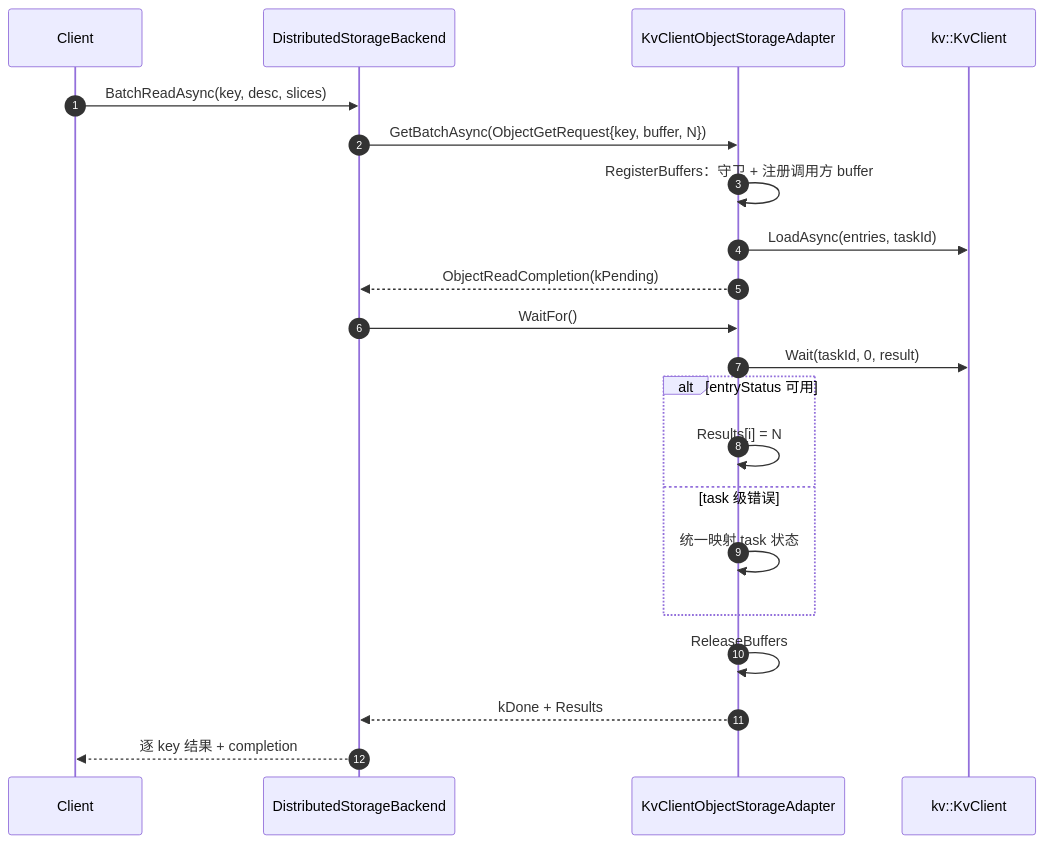
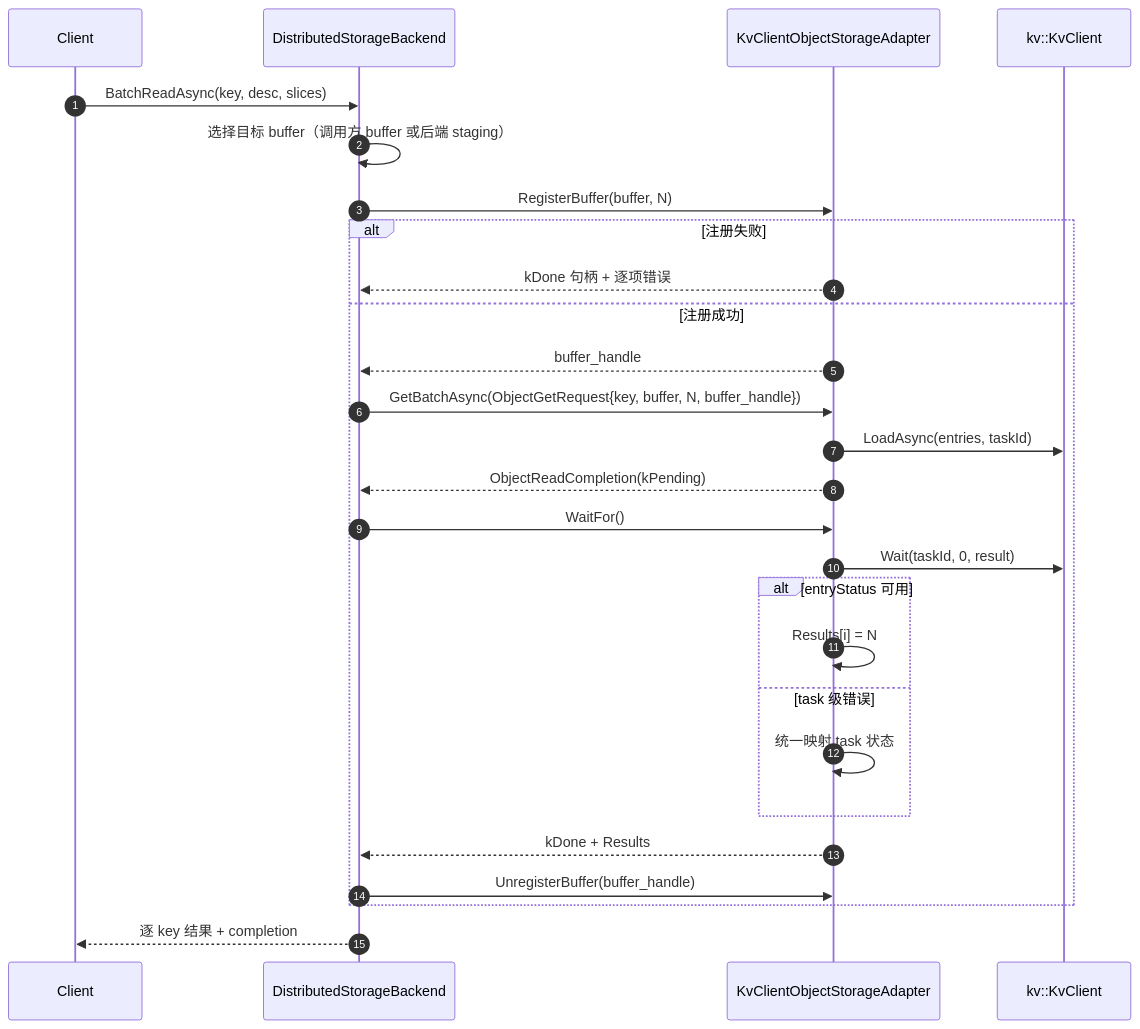
The seventh of 11 diagrams in Mooncake + KVClient L3 接入（Kvcs）- PR 实施设计.md (zwj20000328-dotcom/Mooncake-documents), drawn with Mermaid before and after one commit. The commit also changed other lines of this file and 2 other files, not shown here.

First line of the commit message:
docs: move kvclient buffer registration to caller-owned handles

````diff
--- a/Mooncake + KVClient L3 接入（Kvcs）- PR 实施设计.md
+++ b/Mooncake + KVClient L3 接入（Kvcs）- PR 实施设计.md
@@ -750,24 +768,30 @@
 ```mermaid
 sequenceDiagram
     autonumber
     participant C as Client
     participant BE as DistributedStorageBackend
     participant AD as KvClientObjectStorageAdapter
     participant SDK as kv::KvClient
 
     C->>BE: BatchReadAsync(key, desc, slices)
-    BE->>AD: GetBatchAsync(ObjectGetRequest{key, buffer, N})
-    AD->>AD: RegisterBuffers：守卫 + 注册调用方 buffer
-    AD->>SDK: LoadAsync(entries, taskId)
-    AD-->>BE: ObjectReadCompletion(kPending)
-    BE->>AD: WaitFor()
-    AD->>SDK: Wait(taskId, 0, result)
-    alt entryStatus 可用
-        AD->>AD: Results[i] = N
-    else task 级错误
-        AD->>AD: 统一映射 task 状态
+    BE->>BE: 选择目标 buffer（调用方 buffer 或后端 staging）
+    BE->>AD: RegisterBuffer(buffer, N)
+    alt 注册失败
+        AD-->>BE: kDone 句柄 + 逐项错误
+    else 注册成功
+        AD-->>BE: buffer_handle
+        BE->>AD: GetBatchAsync(ObjectGetRequest{key, buffer, N, buffer_handle})
+        AD->>SDK: LoadAsync(entries, taskId)
+        AD-->>BE: ObjectReadCompletion(kPending)
+        BE->>AD: WaitFor()
+        AD->>SDK: Wait(taskId, 0, result)
+        alt entryStatus 可用
+            AD->>AD: Results[i] = N
+        else task 级错误
+            AD->>AD: 统一映射 task 状态
+        end
+        AD-->>BE: kDone + Results
+        BE->>AD: UnregisterBuffer(buffer_handle)
     end
-    AD->>AD: ReleaseBuffers
-    AD-->>BE: kDone + Results
     BE-->>C: 逐 key 结果 + completion
 ```
````
